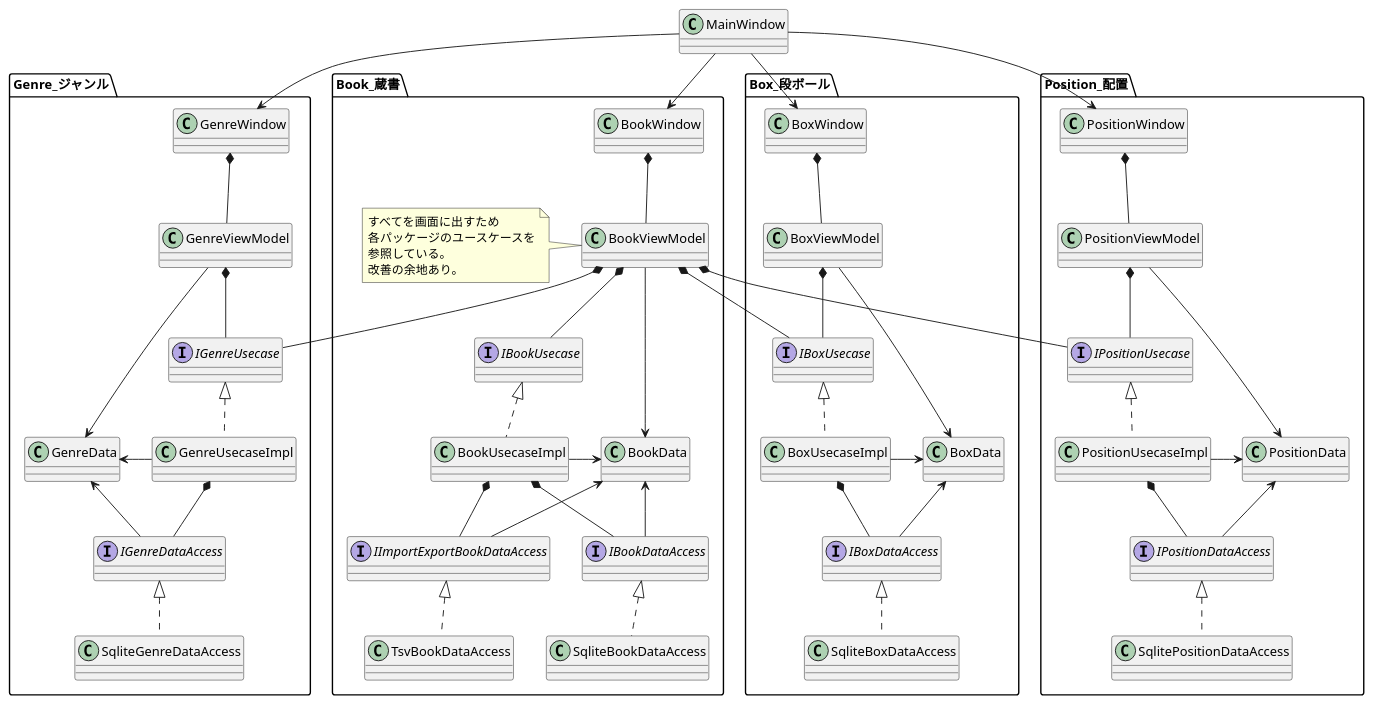
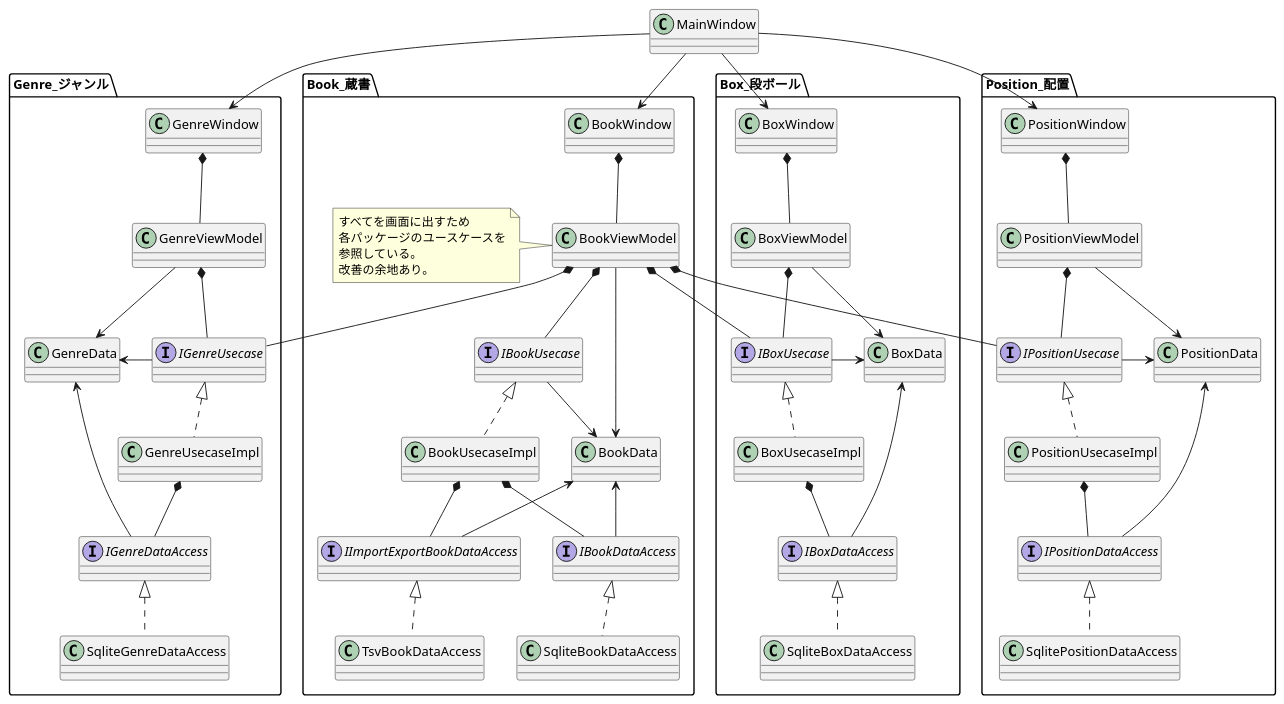
One commit to NaoakiUmedu/BookManager changed the diagram in Doc/classes.pu. Above: the diagram before and after it, drawn with PlantUML. The commit also changed 1 other file, not shown here.

Commit message:
クラス図を更新

```diff
--- a/Doc/classes.pu
+++ b/Doc/classes.pu
@@ -1,163 +1,163 @@
 @startuml classes
 class MainWindow {
 
 }
 package Book_蔵書 {
     class BookWindow {
 
     }
     class BookViewModel {
 
     }
     note left of BookViewModel
         すべてを画面に出すため
         各パッケージのユースケースを
         参照している。
         改善の余地あり。
     end note
     interface IBookUsecase {
 
     }
     class BookUsecaseImpl {
 
     }
     IBookUsecase <|.. BookUsecaseImpl
     class BookData {
 
     }
     interface IBookDataAccess {
 
     }
     class SqliteBookDataAccess {
 
     }
     IBookDataAccess <|.. SqliteBookDataAccess
     interface IImportExportBookDataAccess {
 
     }
     class TsvBookDataAccess {
 
     }
     IImportExportBookDataAccess <|.. TsvBookDataAccess
 
     BookWindow *-- BookViewModel
     BookViewModel *-- IBookUsecase
     BookUsecaseImpl *-- IBookDataAccess
     BookUsecaseImpl *-- IImportExportBookDataAccess
 
     BookViewModel --> BookData
-    BookUsecaseImpl -> BookData
+    IBookUsecase -> BookData
     BookData <-- IBookDataAccess
     BookData <-- IImportExportBookDataAccess
 }
 
 package Genre_ジャンル {
     class GenreWindow {
 
     }
     class GenreViewModel {
 
     }
     interface IGenreUsecase {
 
     }
     class GenreUsecaseImpl {
 
     }
     IGenreUsecase <|.. GenreUsecaseImpl
     class GenreData {
 
     }
     interface IGenreDataAccess {
 
     }
     class SqliteGenreDataAccess {
 
     }
     IGenreDataAccess <|.. SqliteGenreDataAccess
 
     GenreWindow *-- GenreViewModel
     GenreViewModel *-- IGenreUsecase
     GenreUsecaseImpl *-- IGenreDataAccess
 
     GenreViewModel --> GenreData
-    GenreUsecaseImpl -> GenreData
+    IGenreUsecase -> GenreData
     GenreData <-- IGenreDataAccess
 }
 
 package Box_段ボール {
     class BoxWindow {
 
     }
     class BoxViewModel {
 
     }
     interface IBoxUsecase {
 
     }
     class BoxUsecaseImpl {
 
     }
     IBoxUsecase <|.. BoxUsecaseImpl
     class BoxData {
 
     }
     interface IBoxDataAccess {
 
     }
     class SqliteBoxDataAccess {
 
     }
     IBoxDataAccess <|.. SqliteBoxDataAccess
 
     BoxWindow *-- BoxViewModel
     BoxViewModel *-- IBoxUsecase
     BoxUsecaseImpl *-- IBoxDataAccess
 
     BoxViewModel --> BoxData
-    BoxUsecaseImpl -> BoxData
+    IBoxUsecase -> BoxData
     BoxData <-- IBoxDataAccess
 }
 
 package Position_配置 {
     class PositionWindow {
 
     }
     class PositionViewModel {
 
     }
     interface IPositionUsecase {
 
     }
     class PositionUsecaseImpl {
 
     }
     IPositionUsecase <|.. PositionUsecaseImpl
     class PositionData {
 
     }
     interface IPositionDataAccess {
 
     }
     class SqlitePositionDataAccess {
 
     }
     IPositionDataAccess <|.. SqlitePositionDataAccess
 
     PositionWindow *-- PositionViewModel
     PositionViewModel *-- IPositionUsecase
     PositionUsecaseImpl *-- IPositionDataAccess
 
     PositionViewModel --> PositionData
-    PositionUsecaseImpl -> PositionData
+    IPositionUsecase -> PositionData
     PositionData <-- IPositionDataAccess
 }
 
 MainWindow --> BookWindow
 MainWindow --> GenreWindow
 MainWindow --> BoxWindow
 MainWindow --> PositionWindow
 BookViewModel *-- IGenreUsecase
 BookViewModel *-- IBoxUsecase
 BookViewModel *-- IPositionUsecase
 @enduml
```
